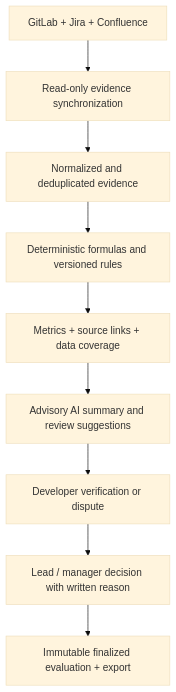
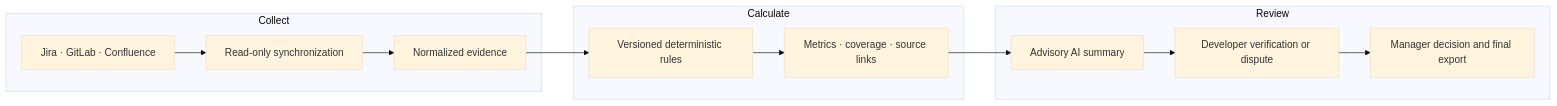
One commit to LachezarStoev/engineering-evaluator changed the diagram in README.md. Above: the diagram before and after it, drawn with Mermaid (base theme). The commit also changed other lines of this file and 2 other files, not shown here.

Commit message:
Add GitHub Actions continuous integration

````diff
--- a/README.md
+++ b/README.md
@@ -22,11 +12,16 @@
 ```mermaid
-flowchart TD
-    A["GitLab + Jira + Confluence"] --> B["Read-only evidence synchronization"]
-    B --> C["Normalized and deduplicated evidence"]
-    C --> D["Deterministic formulas and versioned rules"]
-    D --> E["Metrics + source links + data coverage"]
-    E --> F["Advisory AI summary and review suggestions"]
-    F --> G["Developer verification or dispute"]
-    G --> H["Lead / manager decision with written reason"]
-    H --> I["Immutable finalized evaluation + export"]
+flowchart LR
+    subgraph collect [Collect]
+        A["Jira · GitLab · Confluence"] --> B["Read-only synchronization"]
+        B --> C["Normalized evidence"]
+    end
+    subgraph calculate [Calculate]
+        C --> D["Versioned deterministic rules"]
+        D --> E["Metrics · coverage · source links"]
+    end
+    subgraph review [Review]
+        E --> F["Advisory AI summary"]
+        F --> G["Developer verification or dispute"]
+        G --> H["Manager decision and final export"]
+    end
 ```
````
